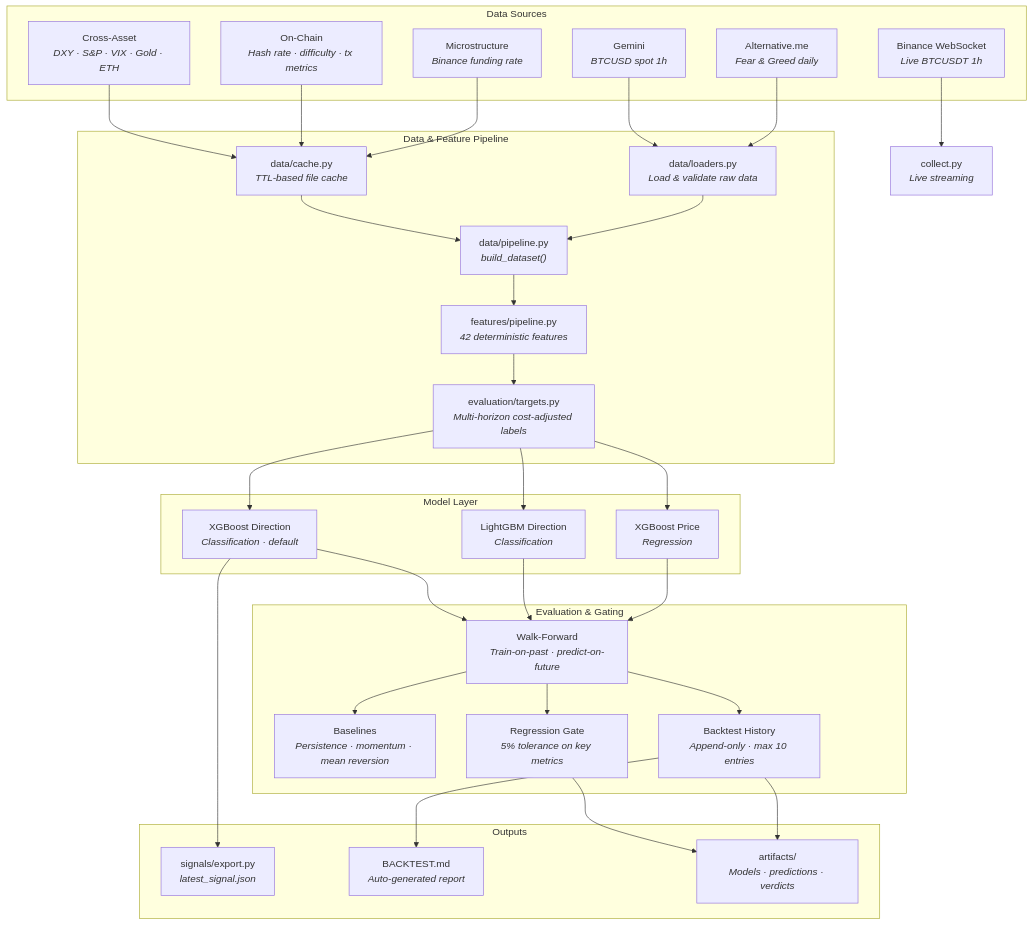
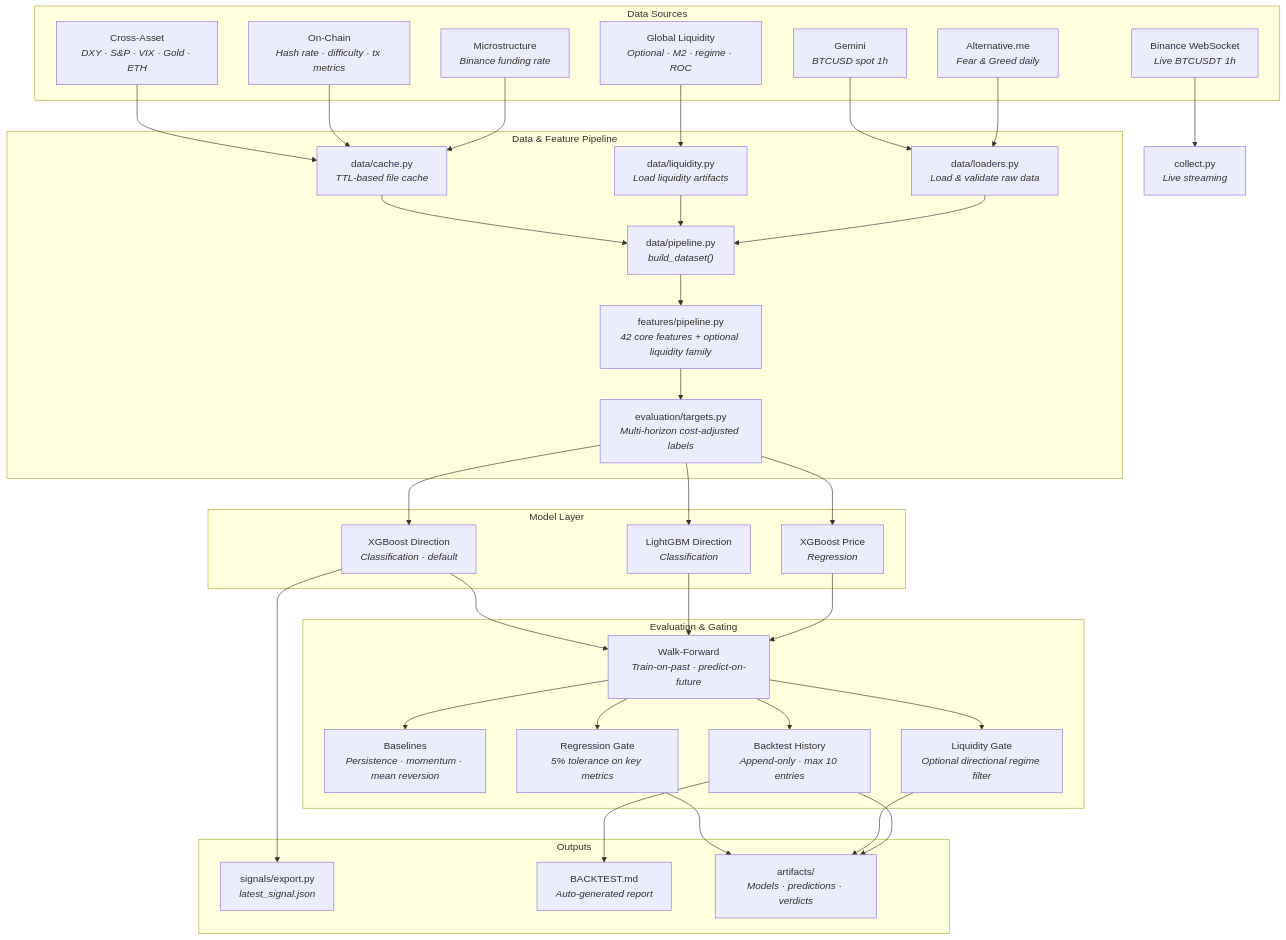
The diagram in README.md (iansummerlin/bitcoin-price-analysis), drawn with Mermaid before and after one commit. The commit also changed other lines of this file and 33 other files, not shown here.

First line of the commit message:
feat: integrate global liquidity as optional data source and research gate

````diff
--- a/README.md
+++ b/README.md
@@ -16,54 +25,60 @@
 ```mermaid
 graph TD
     subgraph Sources["Data Sources"]
         Gemini["Gemini<br/><i>BTCUSD spot 1h</i>"]
         Sentiment["Alternative.me<br/><i>Fear & Greed daily</i>"]
         CrossAsset["Cross-Asset<br/><i>DXY · S&P · VIX · Gold · ETH</i>"]
         OnChain["On-Chain<br/><i>Hash rate · difficulty · tx metrics</i>"]
         Micro["Microstructure<br/><i>Binance funding rate</i>"]
+        Liquidity["Global Liquidity<br/><i>Optional · M2 · regime · ROC</i>"]
         Binance["Binance WebSocket<br/><i>Live BTCUSDT 1h</i>"]
     end
 
     subgraph Pipeline["Data & Feature Pipeline"]
         Cache["data/cache.py<br/><i>TTL-based file cache</i>"]
         Loaders["data/loaders.py<br/><i>Load & validate raw data</i>"]
+        LiqLoader["data/liquidity.py<br/><i>Load liquidity artifacts</i>"]
         Dataset["data/pipeline.py<br/><i>build_dataset()</i>"]
-        Features["features/pipeline.py<br/><i>42 deterministic features</i>"]
+        Features["features/pipeline.py<br/><i>42 core features + optional liquidity family</i>"]
         Targets["evaluation/targets.py<br/><i>Multi-horizon cost-adjusted labels</i>"]
     end
 
     subgraph Models["Model Layer"]
         XGBDir["XGBoost Direction<br/><i>Classification · default</i>"]
         LGBDir["LightGBM Direction<br/><i>Classification</i>"]
         XGBPrice["XGBoost Price<br/><i>Regression</i>"]
     end
 
     subgraph Eval["Evaluation & Gating"]
         WalkFwd["Walk-Forward<br/><i>Train-on-past · predict-on-future</i>"]
         Baselines["Baselines<br/><i>Persistence · momentum · mean reversion</i>"]
         RegGate["Regression Gate<br/><i>5% tolerance on key metrics</i>"]
+        LiqGate["Liquidity Gate<br/><i>Optional directional regime filter</i>"]
         History["Backtest History<br/><i>Append-only · max 10 entries</i>"]
     end
 
     subgraph Output["Outputs"]
         Signal["signals/export.py<br/><i>latest_signal.json</i>"]
         BacktestMD["BACKTEST.md<br/><i>Auto-generated report</i>"]
         Artifacts["artifacts/<br/><i>Models · predictions · verdicts</i>"]
     end
 
     Gemini & Sentiment --> Loaders
     CrossAsset & OnChain & Micro --> Cache --> Dataset
+    Liquidity --> LiqLoader --> Dataset
     Binance --> Collect["collect.py<br/><i>Live streaming</i>"]
     Loaders --> Dataset --> Features --> Targets
 
     Targets --> XGBDir & LGBDir & XGBPrice
     XGBDir & LGBDir & XGBPrice --> WalkFwd
     WalkFwd --> Baselines
     WalkFwd --> RegGate
+    WalkFwd --> LiqGate
     WalkFwd --> History
 
     History --> BacktestMD
     RegGate --> Artifacts
+    LiqGate --> Artifacts
     XGBDir --> Signal
     History --> Artifacts
 ```
````
